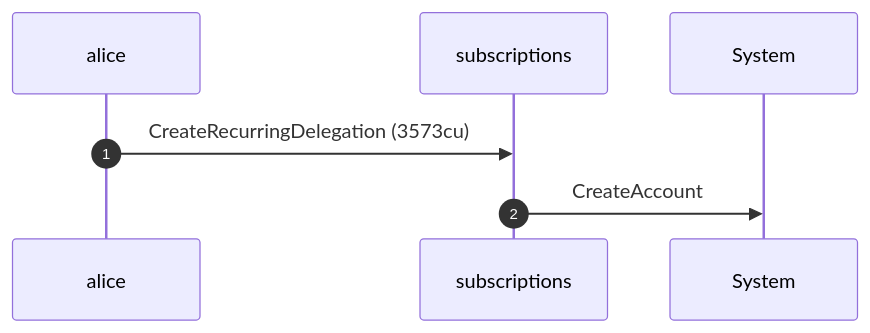
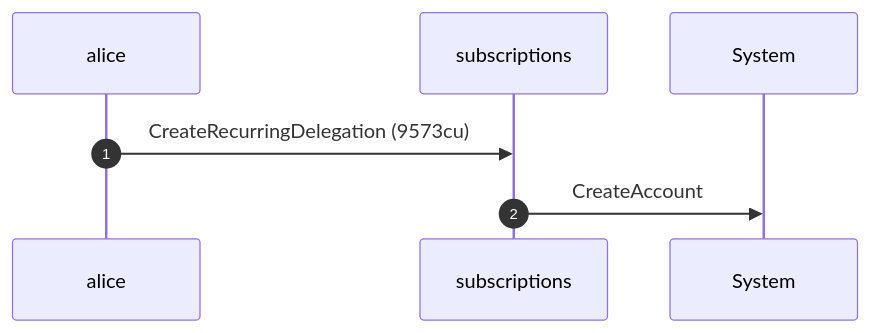
The fifth of 12 diagrams in dsl_tests/recurring-transfer-rejects-a-non-canonical-source.md (cds-rs/subscriptions), drawn with Mermaid before and after one commit. The commit also changed other lines of this file and 224 other files, not shown here.

````diff
--- a/dsl_tests/recurring-transfer-rejects-a-non-canonical-source.md
+++ b/dsl_tests/recurring-transfer-rejects-a-non-canonical-source.md
@@ -104,9 +110,9 @@
 ```mermaid
 sequenceDiagram
     autonumber
     participant alice
     participant subscriptions
     participant System
-    alice ->> subscriptions: CreateRecurringDelegation (3573cu)
+    alice ->> subscriptions: CreateRecurringDelegation (9573cu)
     subscriptions ->> System: CreateAccount
 ```
````
